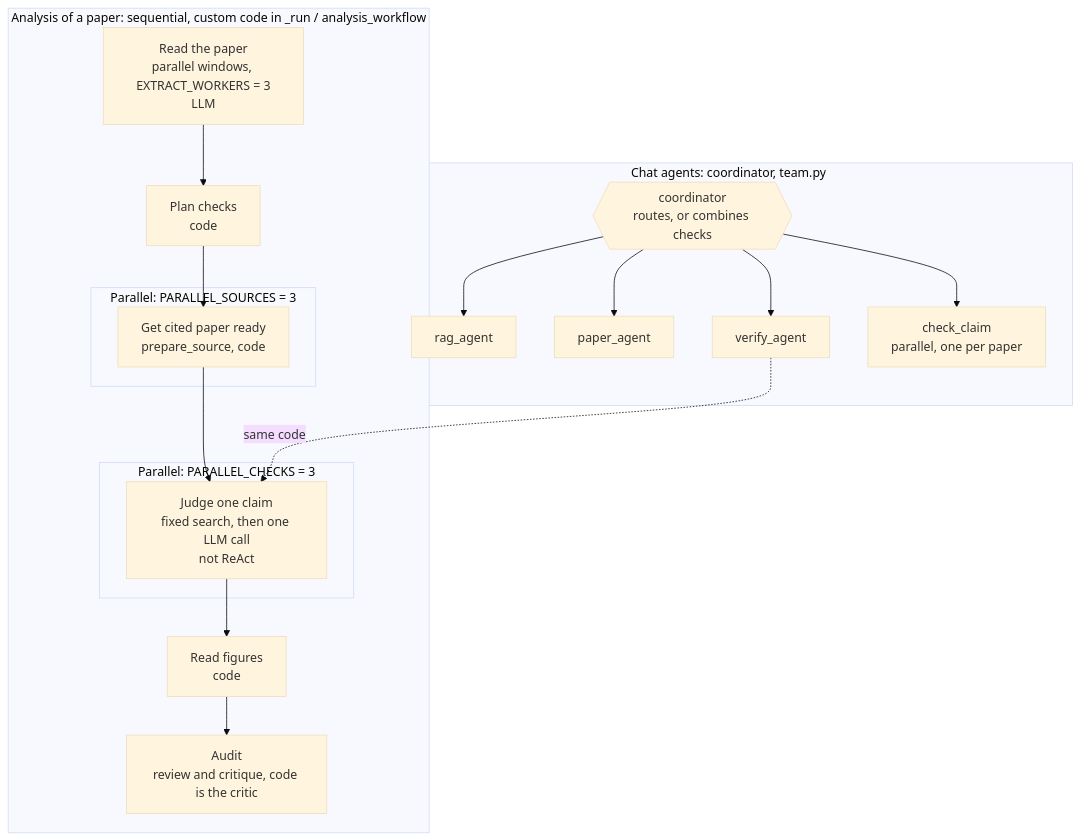
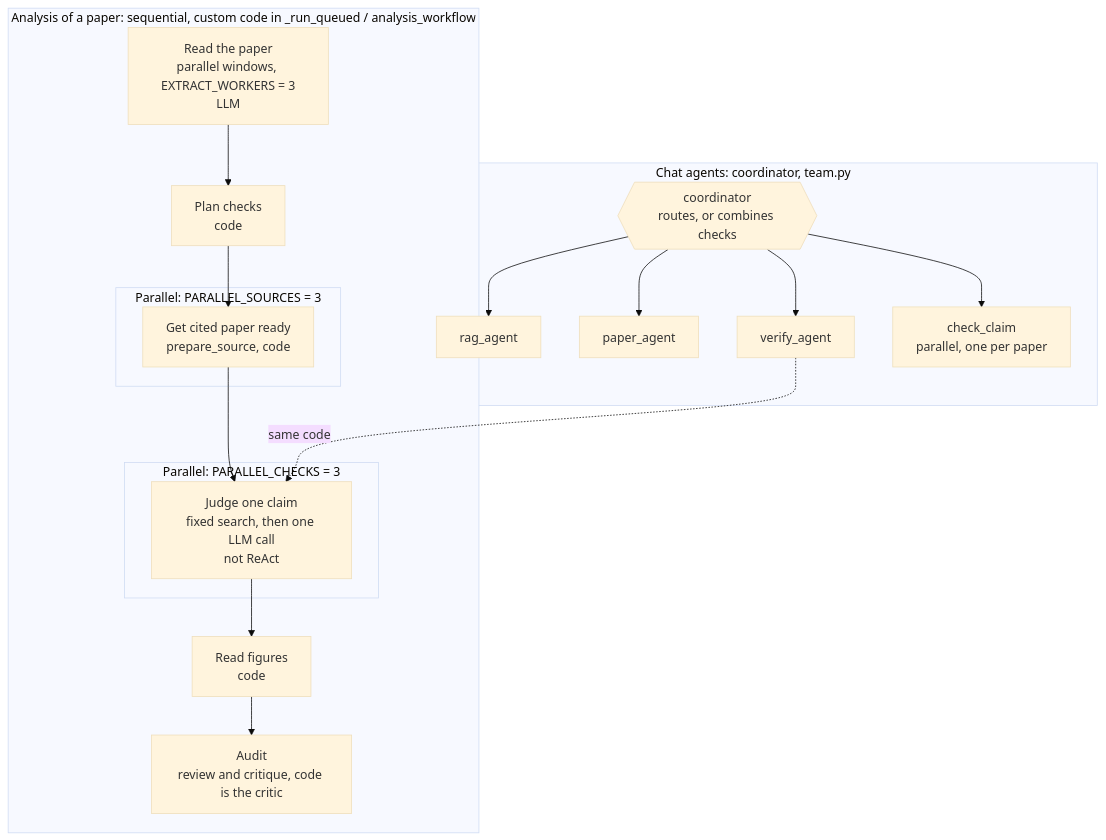
Before and after one commit to ZenithGeeks/SecretSource-prototype: the fifth of 5 diagrams in ARCHITECTURE.md, drawn with Mermaid (base theme). The commit also changed other lines of this file and 13 other files, not shown here.

````diff
--- a/ARCHITECTURE.md
+++ b/ARCHITECTURE.md
@@ -312,30 +317,30 @@
 ```mermaid
 flowchart TD
-    subgraph ANALYSIS ["Analysis of a paper: sequential, custom code in _run / analysis_workflow"]
+    subgraph ANALYSIS ["Analysis of a paper: sequential, custom code in _run_queued / analysis_workflow"]
         P["Read the paper<br/>parallel windows, EXTRACT_WORKERS = 3<br/>LLM"]
         PL["Plan checks<br/>code"]
         subgraph PREP ["Parallel: PARALLEL_SOURCES = 3"]
             S["Get cited paper ready<br/>prepare_source, code"]
         end
         subgraph JUDGE ["Parallel: PARALLEL_CHECKS = 3"]
             J["Judge one claim<br/>fixed search, then one LLM call<br/>not ReAct"]
         end
         F["Read figures<br/>code"]
         A["Audit<br/>review and critique, code is the critic"]
         P --> PL --> S --> J --> F --> A
     end
 
     subgraph CHAT ["Chat agents: coordinator, team.py"]
         C{{"coordinator<br/>routes, or combines checks"}}
         R["rag_agent"]
         PA["paper_agent"]
         V["verify_agent"]
         CC["check_claim<br/>parallel, one per paper"]
         C --> R
         C --> PA
         C --> V
         C --> CC
     end
 
     V -.->|"same code"| J
 ```
````
